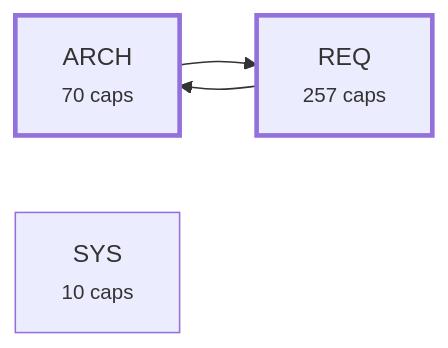
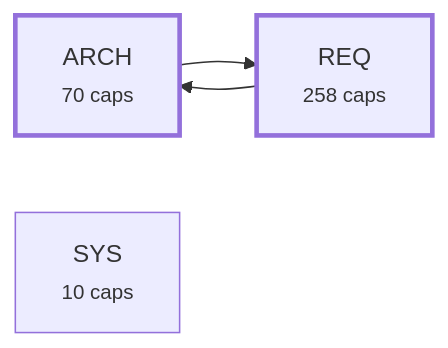
The third of 4 diagrams in plugin/requirements/_map.md (alxmax/Requirement-manager), drawn with Mermaid before and after one commit. The commit also changed other lines of this file and 21 other files, not shown here.

````diff
--- a/plugin/requirements/_map.md
+++ b/plugin/requirements/_map.md
@@ -1134,10 +1135,10 @@
 ```mermaid
 graph LR
   a_ARCH["ARCH<br><small>70 caps</small>"]
-  a_REQ["REQ<br><small>257 caps</small>"]
+  a_REQ["REQ<br><small>258 caps</small>"]
   a_SYS["SYS<br><small>10 caps</small>"]
   a_ARCH --> a_REQ
   a_REQ --> a_ARCH
   style a_ARCH stroke-width:3px
   style a_REQ stroke-width:3px
 ```
````
